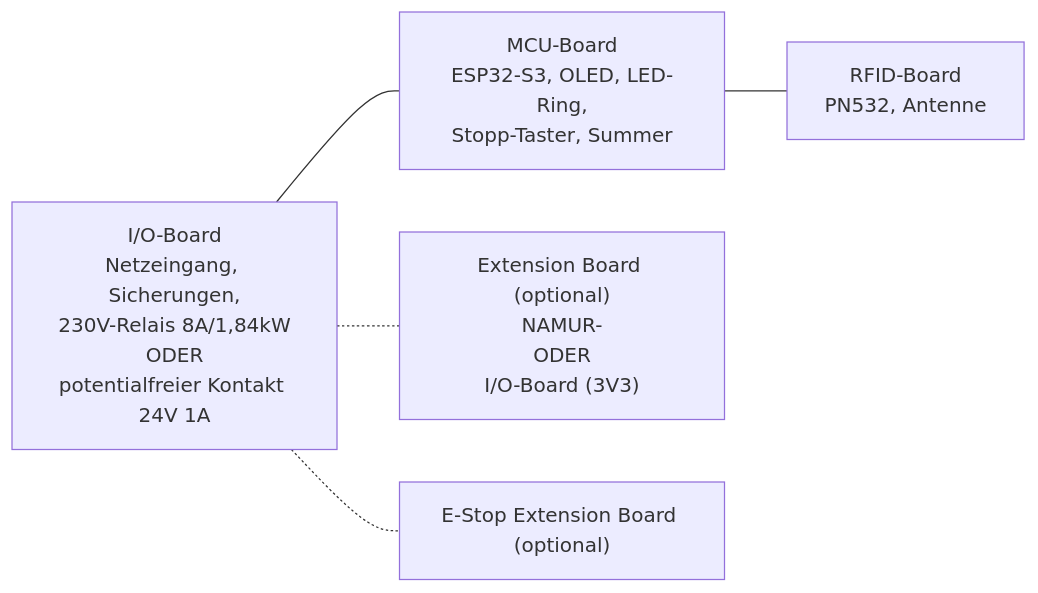
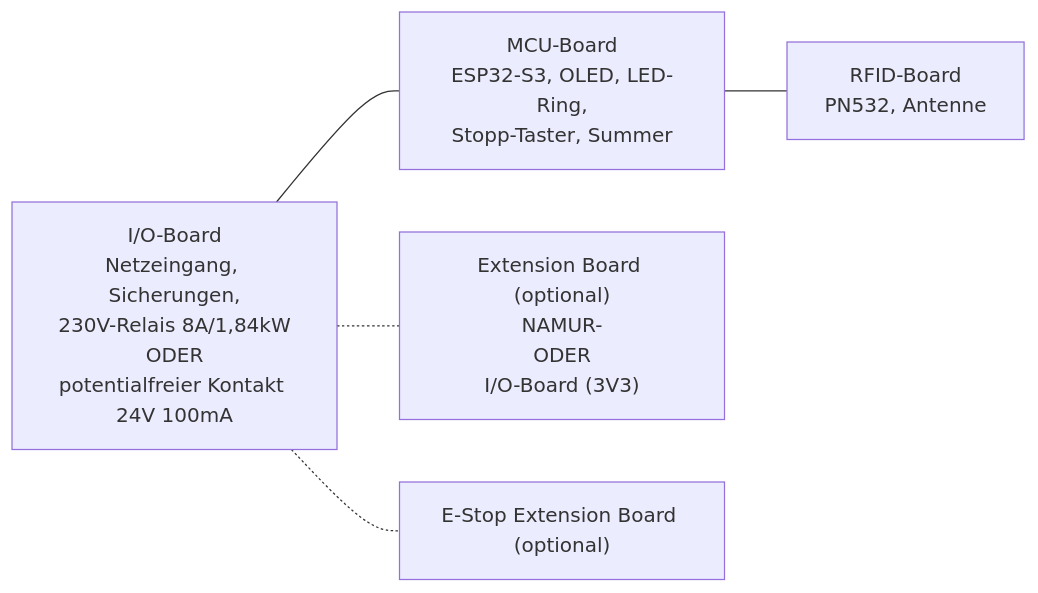
Before and after one commit to FREILab/easyVerwaltungHardware: the diagram in hardware/projects/RFID_BOX/Anforderungen.md, drawn with Mermaid. The commit also changed other lines of this file and 1 other file, not shown here.

````diff
--- a/hardware/projects/RFID_BOX/Anforderungen.md
+++ b/hardware/projects/RFID_BOX/Anforderungen.md
@@ -87,13 +100,13 @@
 ```mermaid
 flowchart LR
-    IO["I/O-Board<br/>Netzeingang, Sicherungen,<br/>230V-Relais 8A/1,84kW<br/>ODER<br/>potentialfreier Kontakt 24V 1A"]
+    IO["I/O-Board<br/>Netzeingang, Sicherungen,<br/>230V-Relais 8A/1,84kW<br/>ODER<br/>potentialfreier Kontakt 24V 100mA"]
     MCU["MCU-Board<br/>ESP32-S3, OLED, LED-Ring,<br/>Stopp-Taster, Summer"]
     RFID["RFID-Board<br/>PN532, Antenne"]
     EXT["Extension Board (optional)<br/>NAMUR-<br/>ODER<br/>I/O-Board (3V3)"]
     ESTOP["E-Stop Extension Board (optional)"]
 
     IO --- MCU
     MCU --- RFID
     IO -.- EXT
     IO -.- ESTOP
 ```
````
